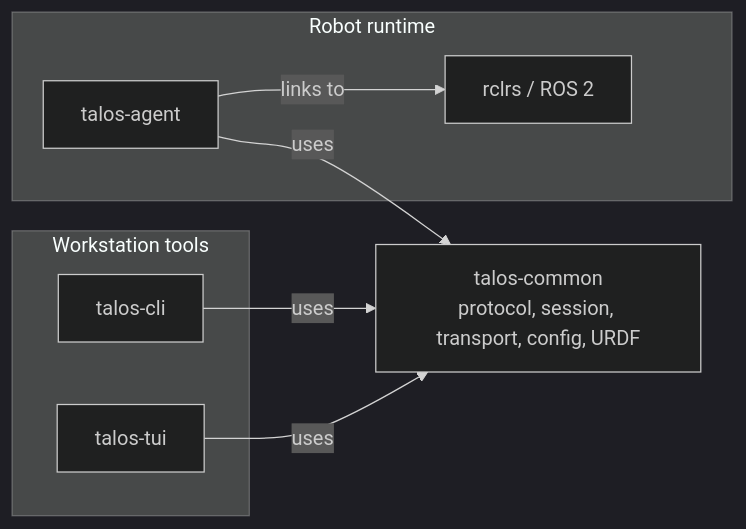
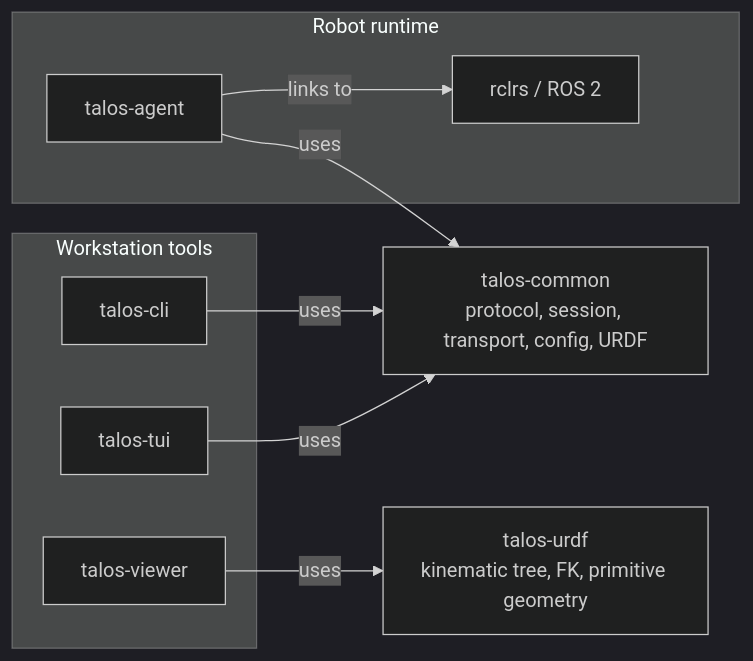
One commit to rosterloh/talos changed the diagram in docs/src/architecture/overview.md. Above: the diagram before and after it, drawn with Mermaid (dark theme). The commit also changed other lines of this file and 16 other files, not shown here.

First line of the commit message:
Fix URDF viewer review findings

````diff
--- a/docs/src/architecture/overview.md
+++ b/docs/src/architecture/overview.md
@@ -5,19 +5,23 @@
 ```mermaid
 flowchart LR
     subgraph Clients["Workstation tools"]
         CLI["talos-cli"]
         TUI["talos-tui"]
+        Viewer["talos-viewer"]
     end
+
+    URDF["talos-urdf<br/>kinematic tree, FK, primitive geometry"]
 
     Common["talos-common<br/>protocol, session, transport, config, URDF"]
 
     subgraph Runtime["Robot runtime"]
         Agent["talos-agent"]
         ROS["rclrs / ROS 2"]
     end
 
     CLI -->|"uses"| Common
     TUI -->|"uses"| Common
+    Viewer -->|"uses"| URDF
     Agent -->|"uses"| Common
     Agent -->|"links to"| ROS
 ```
````
